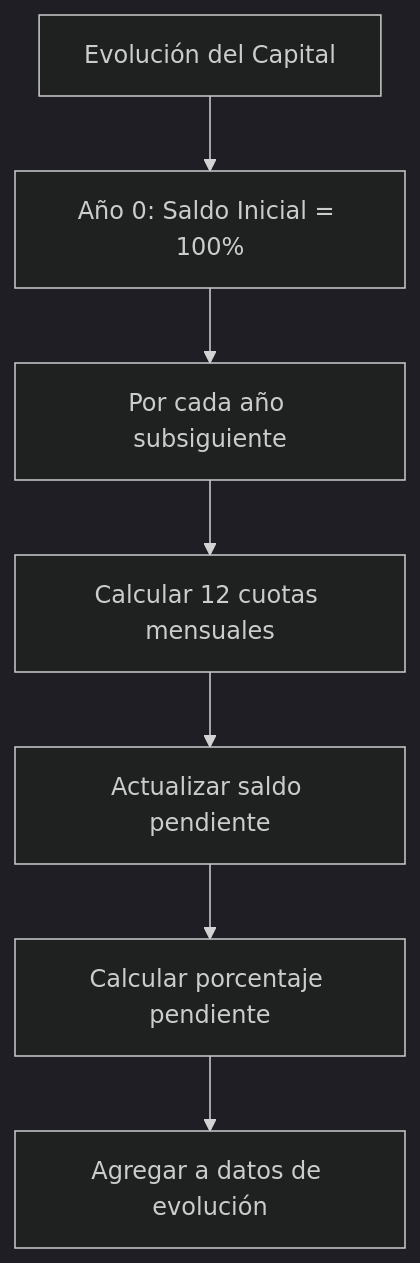
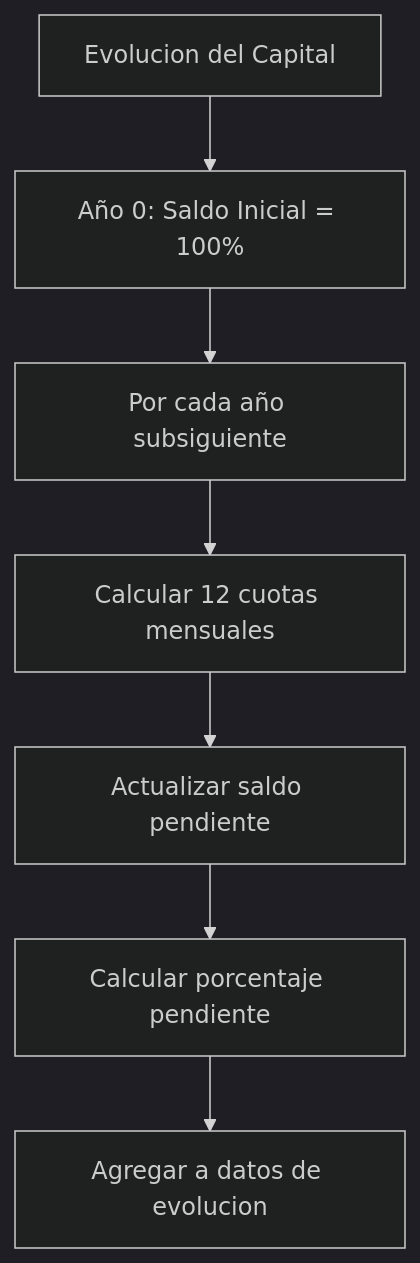
One commit to santiagoblanco22/calculator_dayana changed the eighth of 14 diagrams in formulas/README.md. Above: the diagram before and after it, drawn with Mermaid (dark theme). The commit also changed other lines of this file and 3 other files, not shown here.

````diff
--- a/formulas/README.md
+++ b/formulas/README.md
@@ -214,9 +214,9 @@
 ```mermaid
 graph TD
-    A[Evolución del Capital] --> B[Año 0: Saldo Inicial = 100%]
+    A[Evolucion del Capital] --> B[Año 0: Saldo Inicial = 100%]
     B --> C[Por cada año subsiguiente]
     C --> D[Calcular 12 cuotas mensuales]
     D --> E[Actualizar saldo pendiente]
     E --> F[Calcular porcentaje pendiente]
-    F --> G[Agregar a datos de evolución]
+    F --> G[Agregar a datos de evolucion]
 ```
````
